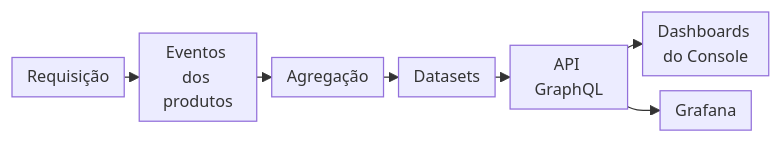
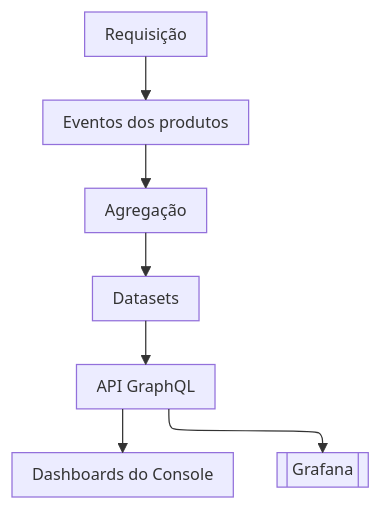
One commit to aziontech/docs changed the diagram in apps/docs/src/content/docs/pt-br/pages/observe/real-time-metrics/como-funciona.mdx. Above: the diagram before and after it, drawn with Mermaid. The commit also changed 179 other files, not shown here.

Commit message:
docs(diagrams): redraw every other diagram in the use-case diagram style (#2513)

````diff
--- a/apps/docs/src/content/docs/pt-br/pages/observe/real-time-metrics/como-funciona.mdx
+++ b/apps/docs/src/content/docs/pt-br/pages/observe/real-time-metrics/como-funciona.mdx
@@ -26,10 +26,10 @@
 ```mermaid
-%%{init: {"layout": "dagre", "themeVariables": {"fontSize": "13px"}, "flowchart": {"nodeSpacing": 12, "rankSpacing": 12, "padding": 6, "wrappingWidth": 70, "minNodeWidth": 40, "useMaxWidth": true}}}%%
-flowchart LR
+%%{init: {"layout": "elk", "themeVariables": {"fontSize": "13px"}, "flowchart": {"nodeSpacing": 24, "rankSpacing": 36, "padding": 8, "wrappingWidth": 150, "useMaxWidth": true}, "sequence": {"width": 120, "actorMargin": 30, "useMaxWidth": true}}}%%
+flowchart TD
   Req["Requisição"] --> Ev["Eventos dos produtos"]
   Ev --> Agg["Agregação"]
   Agg --> DS["Datasets"]
   DS --> API["API GraphQL"]
   API --> Con["Dashboards do Console"]
-  API --> Gr["Grafana"]
+  API --> Gr[["Grafana"]]
 ```
````
